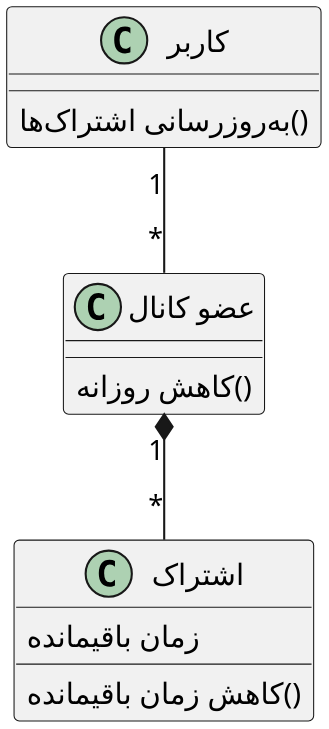
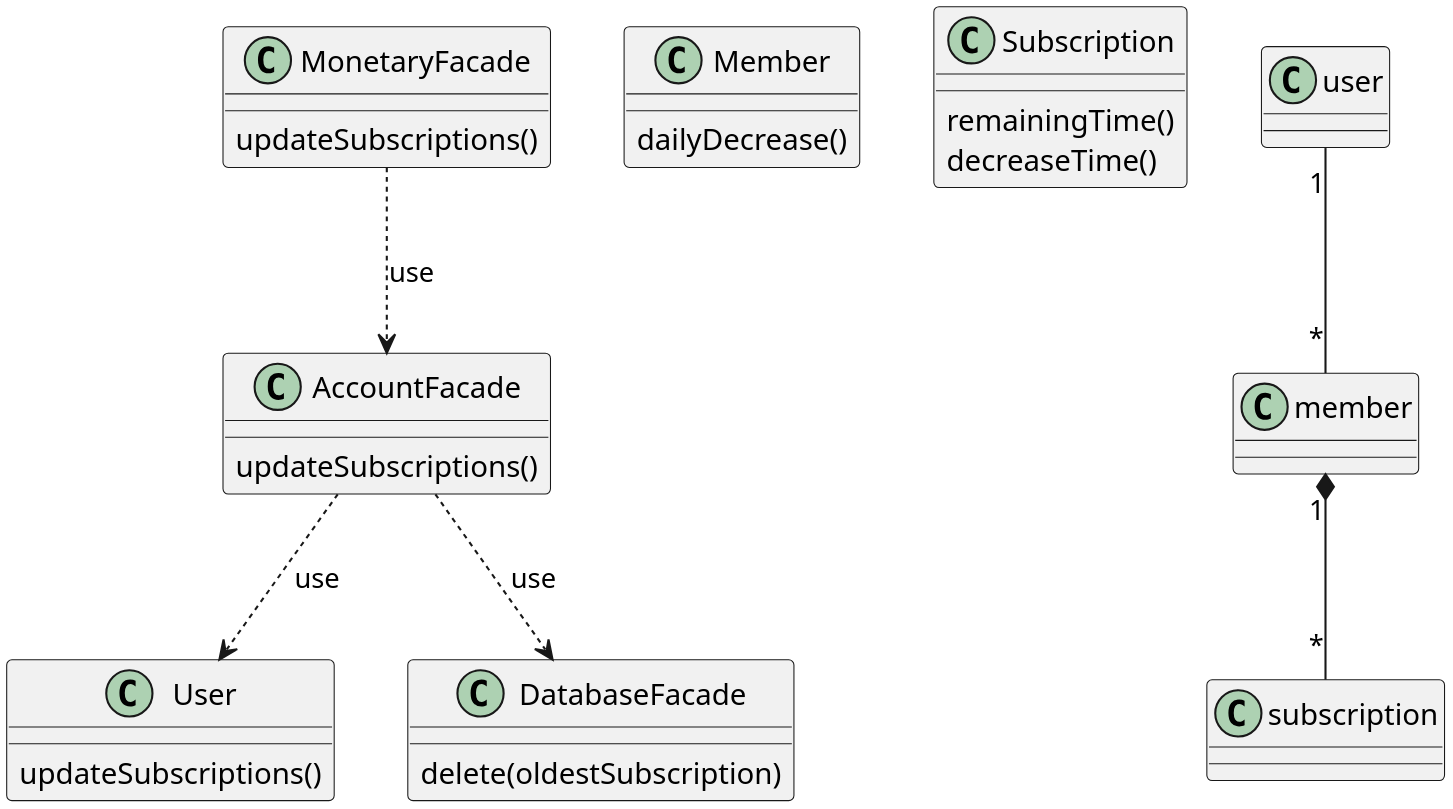
The diagram in Diagrams/Design Class/UpdateSubscriptionTime.puml (soleyman79/Qasedak), drawn with PlantUML before and after one commit.

Commit message:
update Design class: UpdateSubscriptionTime

```diff
--- a/Diagrams/Design Class/UpdateSubscriptionTime.puml
+++ b/Diagrams/Design Class/UpdateSubscriptionTime.puml
@@ -1,23 +1,39 @@
 @startuml update_subscription_time
 
 scale 3
 skinparam DefaultFontName B Nazanin
 skinparam ArrowMessageAlignment right
 
-class "کاربر" as user {
-    به‌روزرسانی اشتراک‌ها()
+class User {
+    updateSubscriptions()
 }
 
-class "عضو کانال" as member {
-    کاهش روزانه()
+class Member {
+    dailyDecrease()
 }
 
-class "اشتراک" as subscription {
-    زمان باقیمانده
-    کاهش زمان باقیمانده()
+class Subscription {
+    remainingTime()
+    decreaseTime()
+    }
+
+class MonetaryFacade {
+    updateSubscriptions()
 }
 
+class AccountFacade {
+    updateSubscriptions()
+}
+
+class DatabaseFacade {
+    delete(oldestSubscription)
+}
+
+
+member "1" *-- "*" subscription
 user "1" -- "*" member
-member "1" *-- "*" subscription
+AccountFacade ..> User :use
+AccountFacade ..> DatabaseFacade :use
+MonetaryFacade ..> AccountFacade :use
 
 @enduml
```
